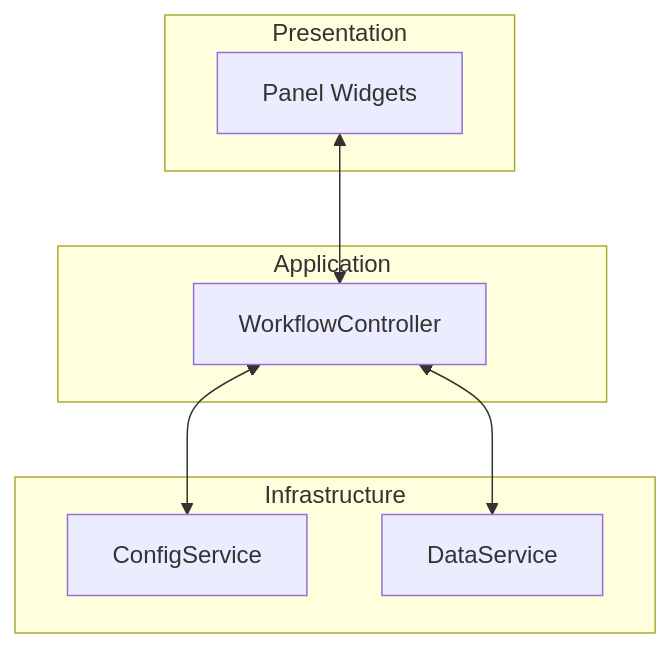
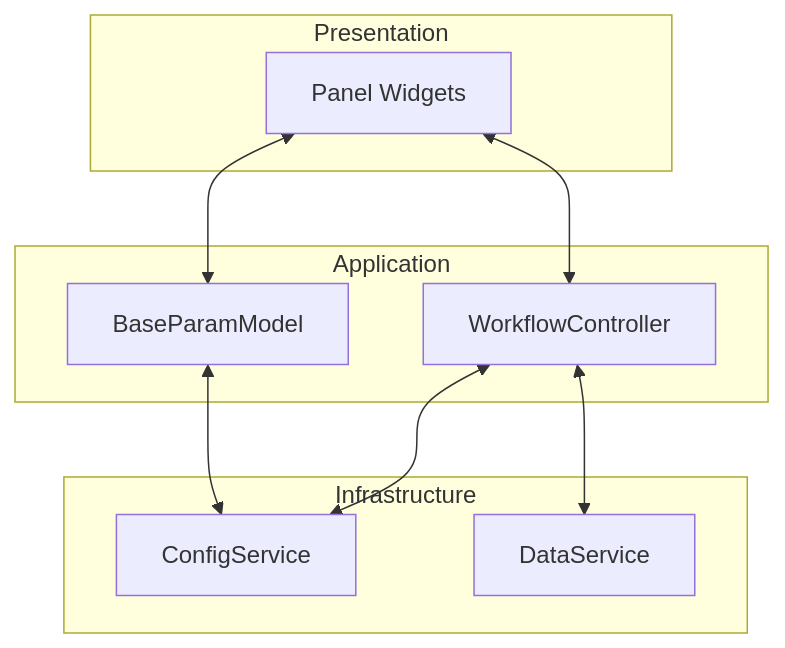
Before and after one commit to scipp/beamlime: the first of 4 diagrams in docs/developer/design/dashboard-architecture.md, drawn with Mermaid. The commit also changed other lines of this file, not shown here.

Commit message:
Include BaseParamModel in design doc

````diff
--- a/docs/developer/design/dashboard-architecture.md
+++ b/docs/developer/design/dashboard-architecture.md
@@ -22,17 +23,20 @@
 ```mermaid
 flowchart TD
     subgraph Infrastructure
         ConfigService
         DataService
     end
     subgraph Application
         WorkflowController
+        BaseParamModel
     end
     subgraph Presentation
         PanelWidgets["Panel Widgets"]
     end
 
     PanelWidgets <--> WorkflowController
+    PanelWidgets <--> BaseParamModel
+    BaseParamModel <--> ConfigService
     WorkflowController <--> ConfigService
     WorkflowController <--> DataService
 ```
````
